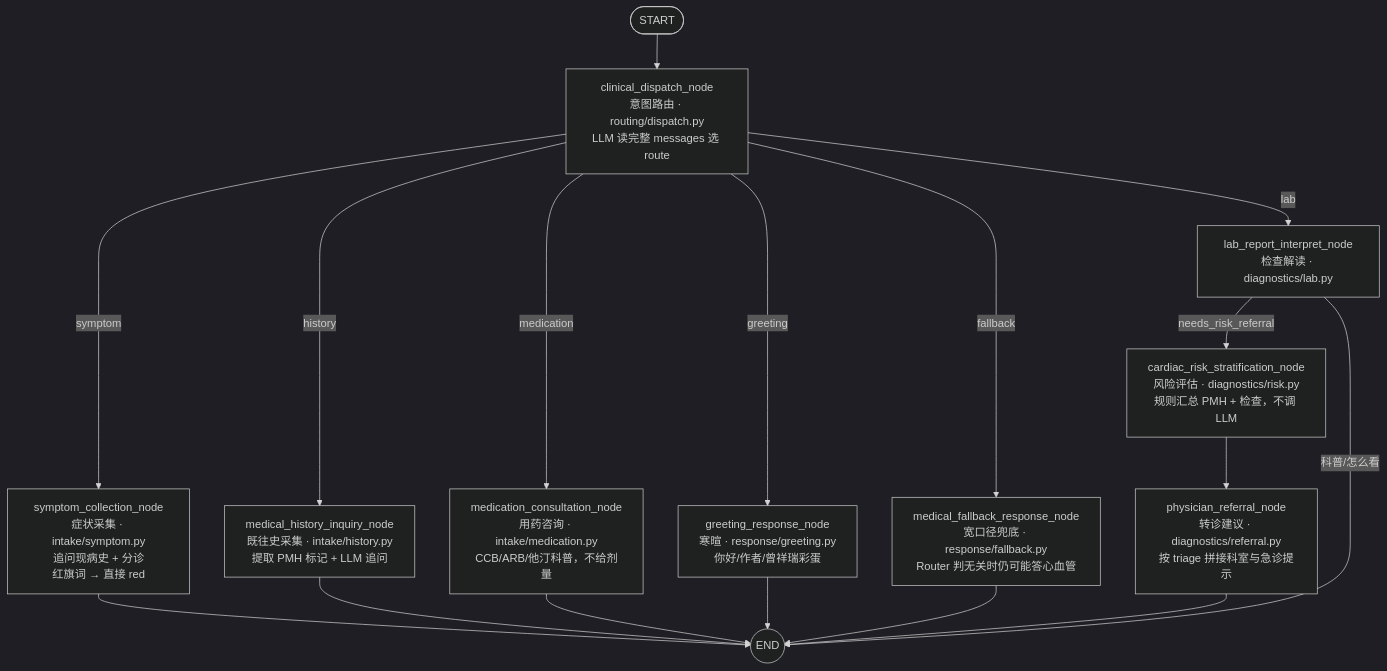
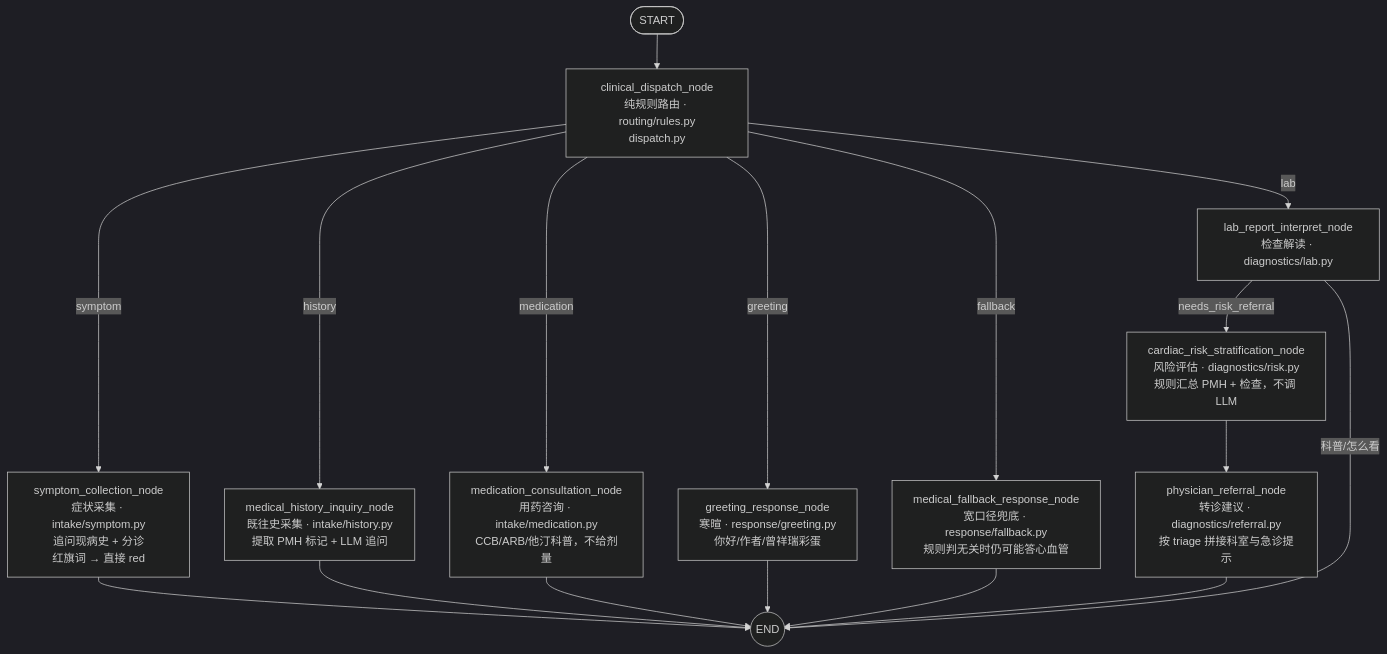
Before and after one commit to SherwinZeng/cardiologyintelligentagent: the second of 2 diagrams in services/ai-agent/README.md, drawn with Mermaid (dark theme). The commit also changed other lines of this file and 36 other files, not shown here.

````diff
--- a/services/ai-agent/README.md
+++ b/services/ai-agent/README.md
@@ -107,22 +107,22 @@
 ```mermaid
 flowchart TD
-    startPoint(["START"]) --> dispatch["clinical_dispatch_node<br/>意图路由 · routing/dispatch.py<br/>LLM 读完整 messages 选 route"]
+    startPoint(["START"]) --> dispatch["clinical_dispatch_node<br/>纯规则路由 · routing/rules.py<br/>dispatch.py"]
 
     dispatch -->|symptom| n_symptom["symptom_collection_node<br/>症状采集 · intake/symptom.py<br/>追问现病史 + 分诊<br/>红旗词 → 直接 red"]
     dispatch -->|history| n_history["medical_history_inquiry_node<br/>既往史采集 · intake/history.py<br/>提取 PMH 标记 + LLM 追问"]
     dispatch -->|medication| n_medication["medication_consultation_node<br/>用药咨询 · intake/medication.py<br/>CCB/ARB/他汀科普，不给剂量"]
     dispatch -->|greeting| n_greeting["greeting_response_node<br/>寒暄 · response/greeting.py<br/>你好/作者/曾祥瑞彩蛋"]
-    dispatch -->|fallback| n_fallback["medical_fallback_response_node<br/>宽口径兜底 · response/fallback.py<br/>Router 判无关时仍可能答心血管"]
+    dispatch -->|fallback| n_fallback["medical_fallback_response_node<br/>宽口径兜底 · response/fallback.py<br/>规则判无关时仍可能答心血管"]
     dispatch -->|lab| n_lab["lab_report_interpret_node<br/>检查解读 · diagnostics/lab.py"]
 
     n_lab -->|needs_risk_referral| n_risk["cardiac_risk_stratification_node<br/>风险评估 · diagnostics/risk.py<br/>规则汇总 PMH + 检查，不调 LLM"]
     n_lab -->|科普/怎么看| graphEnd(("END"))
     n_risk --> n_referral["physician_referral_node<br/>转诊建议 · diagnostics/referral.py<br/>按 triage 拼接科室与急诊提示"]
 
     n_symptom --> graphEnd(("END"))
     n_history --> graphEnd
     n_medication --> graphEnd
     n_greeting --> graphEnd
     n_fallback --> graphEnd
     n_referral --> graphEnd
 ```
````
